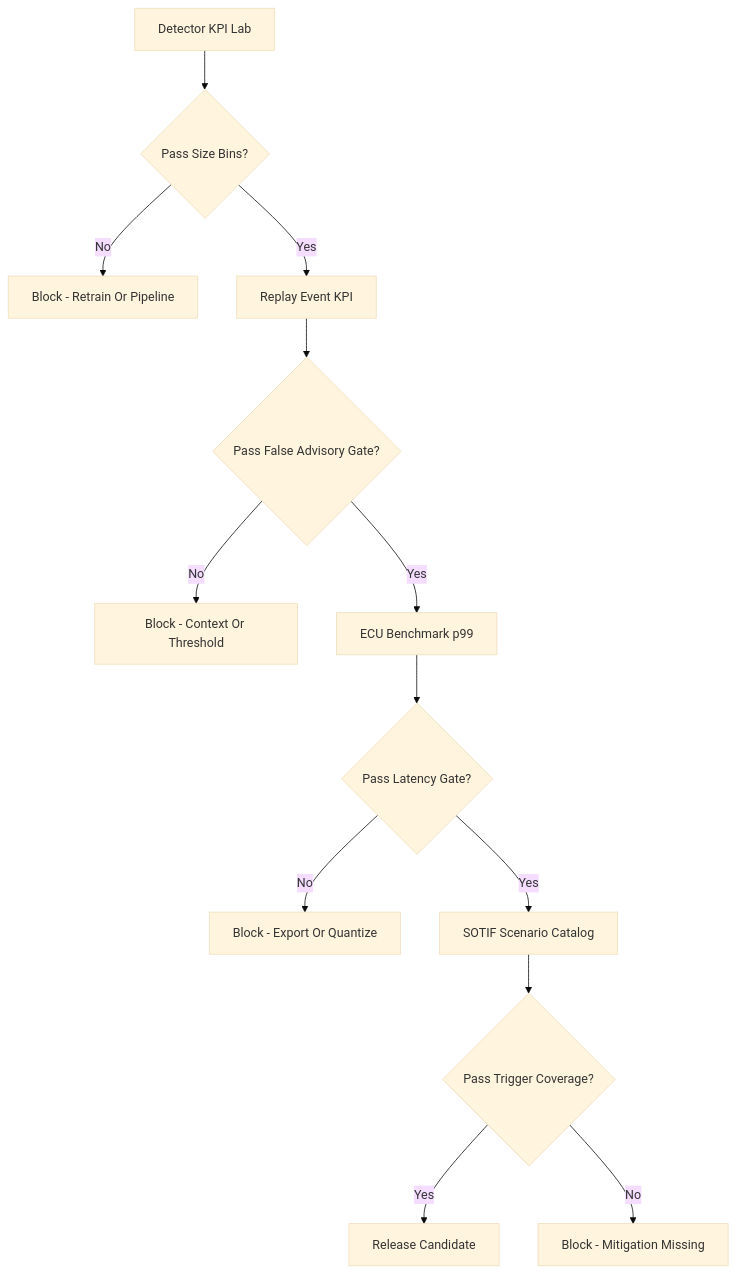
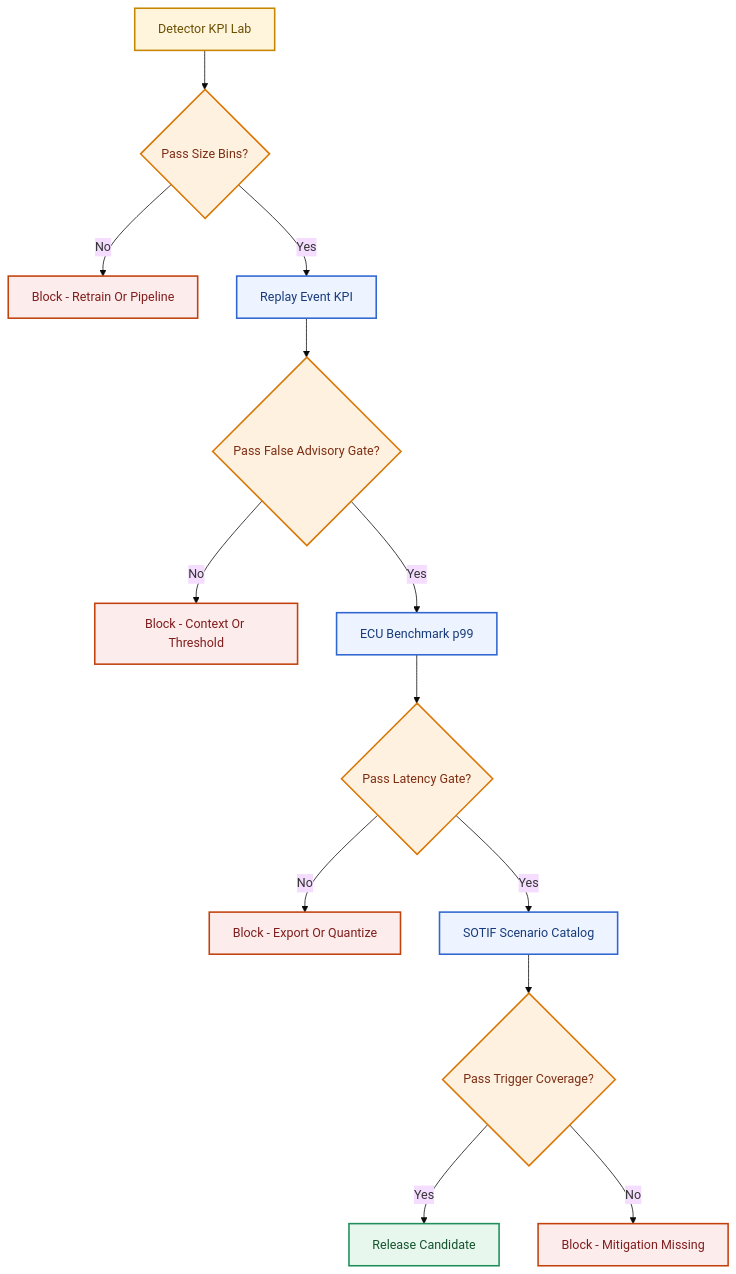
The third of 11 diagrams in research/2.research_tsr_baseline_analysis.md (LeNguyenHaiDuong/adas-tsr), drawn with Mermaid (base theme) before and after one commit. The commit also changed other lines of this file and 5 other files, not shown here.

Commit message:
Add mermaid color

````diff
--- a/research/2.research_tsr_baseline_analysis.md
+++ b/research/2.research_tsr_baseline_analysis.md
@@ -310,15 +347,26 @@
 ```mermaid
 flowchart TD
     A[Detector KPI Lab] --> B{Pass Size Bins?}
     B -->|No| X1[Block - Retrain Or Pipeline]
     B -->|Yes| C[Replay Event KPI]
     C --> D{Pass False Advisory Gate?}
     D -->|No| X2[Block - Context Or Threshold]
     D -->|Yes| E[ECU Benchmark p99]
     E --> F{Pass Latency Gate?}
     F -->|No| X3[Block - Export Or Quantize]
     F -->|Yes| G[SOTIF Scenario Catalog]
     G --> H{Pass Trigger Coverage?}
     H -->|Yes| I[Release Candidate]
     H -->|No| X4[Block - Mitigation Missing]
+
+    classDef baseline fill:#FFF5DD,stroke:#C78600,color:#6B4F00,stroke-width:2px;
+    classDef feature fill:#EDF3FF,stroke:#2F66D0,color:#173B7A,stroke-width:2px;
+    classDef risk fill:#FDECEC,stroke:#C2410C,color:#7F1D1D,stroke-width:2px;
+    classDef decision fill:#FFF1E0,stroke:#D97706,color:#7C2D12,stroke-width:2px;
+    classDef integration fill:#E8F7EE,stroke:#1E8E5A,color:#14532D,stroke-width:2px;
+    class A baseline;
+    class C,E,G feature;
+    class B,D,F,H decision;
+    class X1,X2,X3,X4 risk;
+    class I integration;
 ```
````
